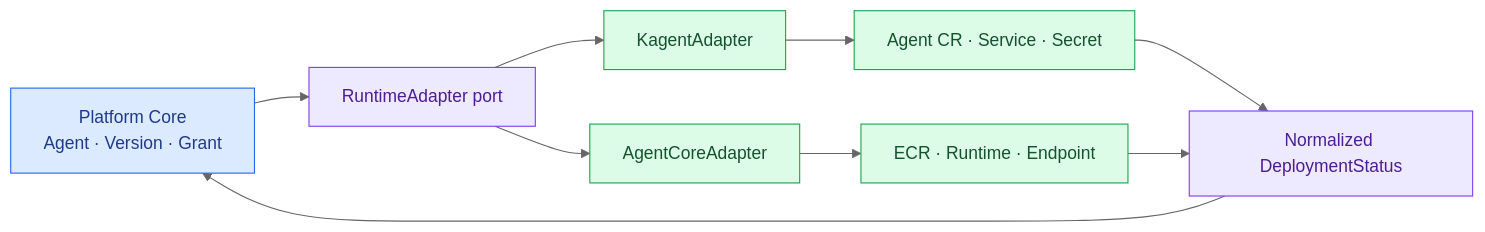
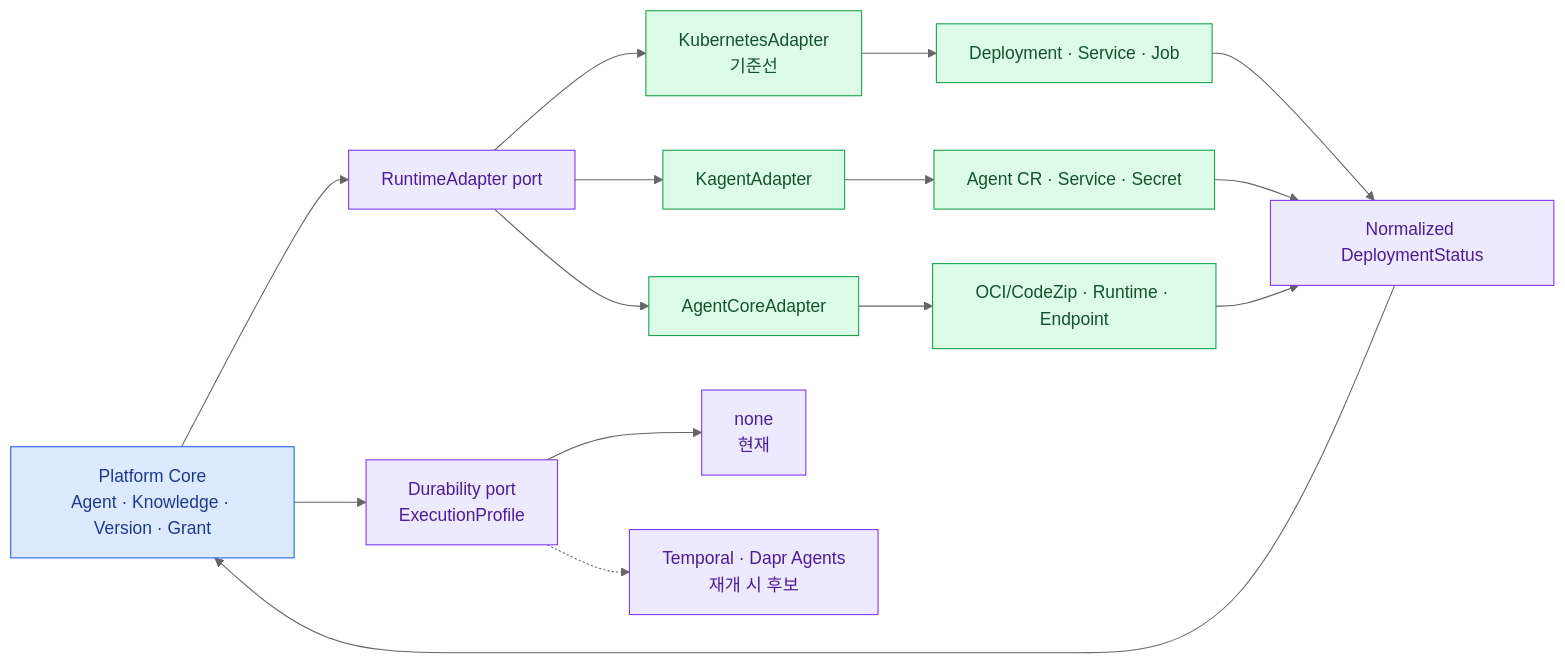
One commit to mechurak/study-starlight changed the diagram in src/content/docs/agent-platform/06-adapter-contract.mdx. Above: the diagram before and after it, drawn with Mermaid (neutral theme). The commit also changed other lines of this file and 21 other files, not shown here.

Commit message:
Refine the agent platform architecture deck

````diff
--- a/src/content/docs/agent-platform/06-adapter-contract.mdx
+++ b/src/content/docs/agent-platform/06-adapter-contract.mdx
@@ -22,18 +22,25 @@
 ```mermaid
 flowchart LR
-    CORE["Platform Core<br/>Agent · Version · Grant"] --> PORT["RuntimeAdapter port"]
+    CORE["Platform Core<br/>Agent · Knowledge · Version · Grant"] --> PORT["RuntimeAdapter port"]
+    CORE --> DPORT["Durability port<br/>ExecutionProfile"]
+    PORT --> K0["KubernetesAdapter<br/>기준선"]
     PORT --> KA["KagentAdapter"]
     PORT --> AA["AgentCoreAdapter"]
+    K0 --> K8S0["Deployment · Service · Job"]
     KA --> K8S["Agent CR · Service · Secret"]
-    AA --> AWS["ECR · Runtime · Endpoint"]
+    AA --> AWS["OCI/CodeZip · Runtime · Endpoint"]
+    DPORT --> NONE["none<br/>현재"]
+    DPORT -.-> DEFER["Temporal · Dapr Agents<br/>재개 시 후보"]
+    K8S0 --> NORMAL["Normalized DeploymentStatus"]
     K8S --> NORMAL["Normalized DeploymentStatus"]
     AWS --> NORMAL
     NORMAL --> CORE
 
     classDef key fill:#dbeafe,stroke:#2563eb,color:#1e3a8a
     classDef zone fill:#ede9fe,stroke:#7c3aed,color:#4c1d95
     classDef ok fill:#dcfce7,stroke:#16a34a,color:#14532d
     class CORE key
-    class PORT,NORMAL zone
-    class KA,AA,K8S,AWS ok
+    class PORT,DPORT,NORMAL zone
+    class K0,KA,AA,K8S0,K8S,AWS ok
+    class NONE,DEFER zone
 ```
````
